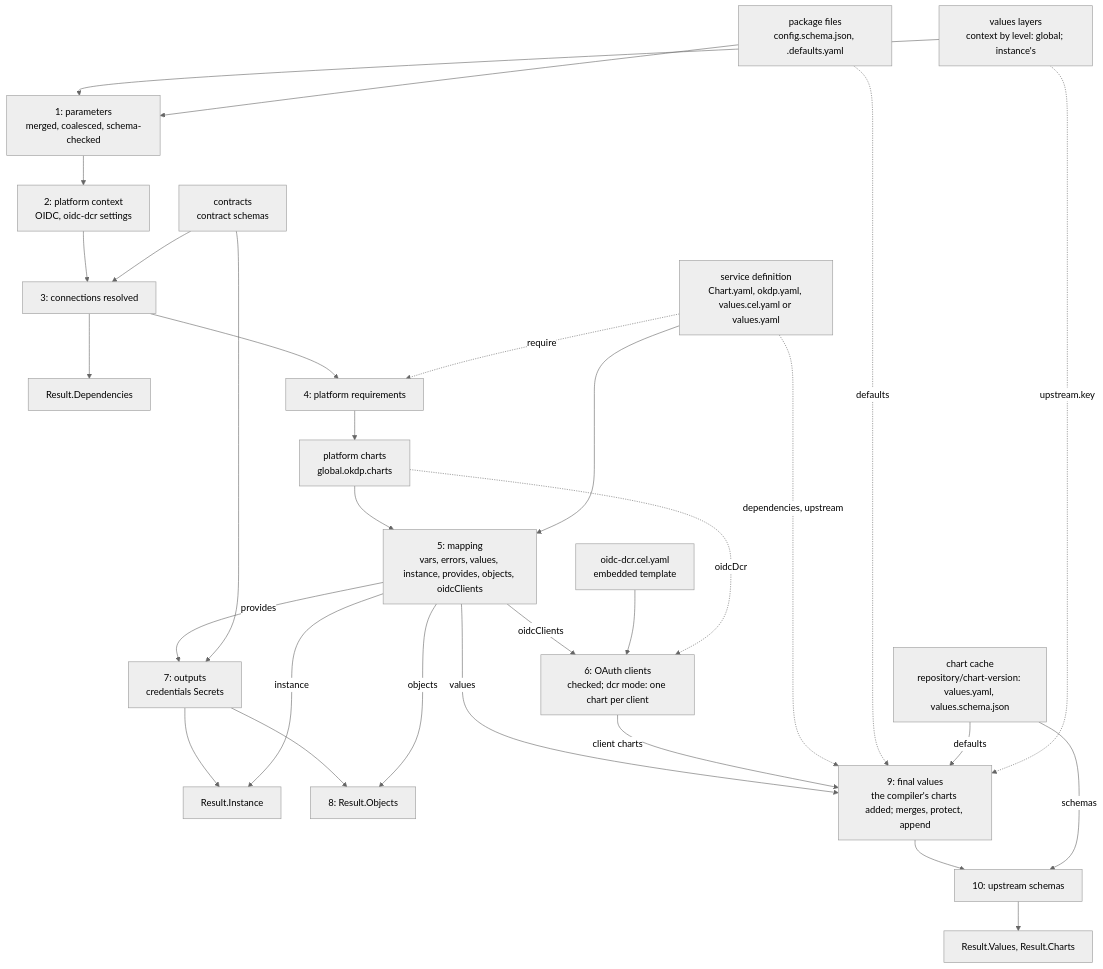
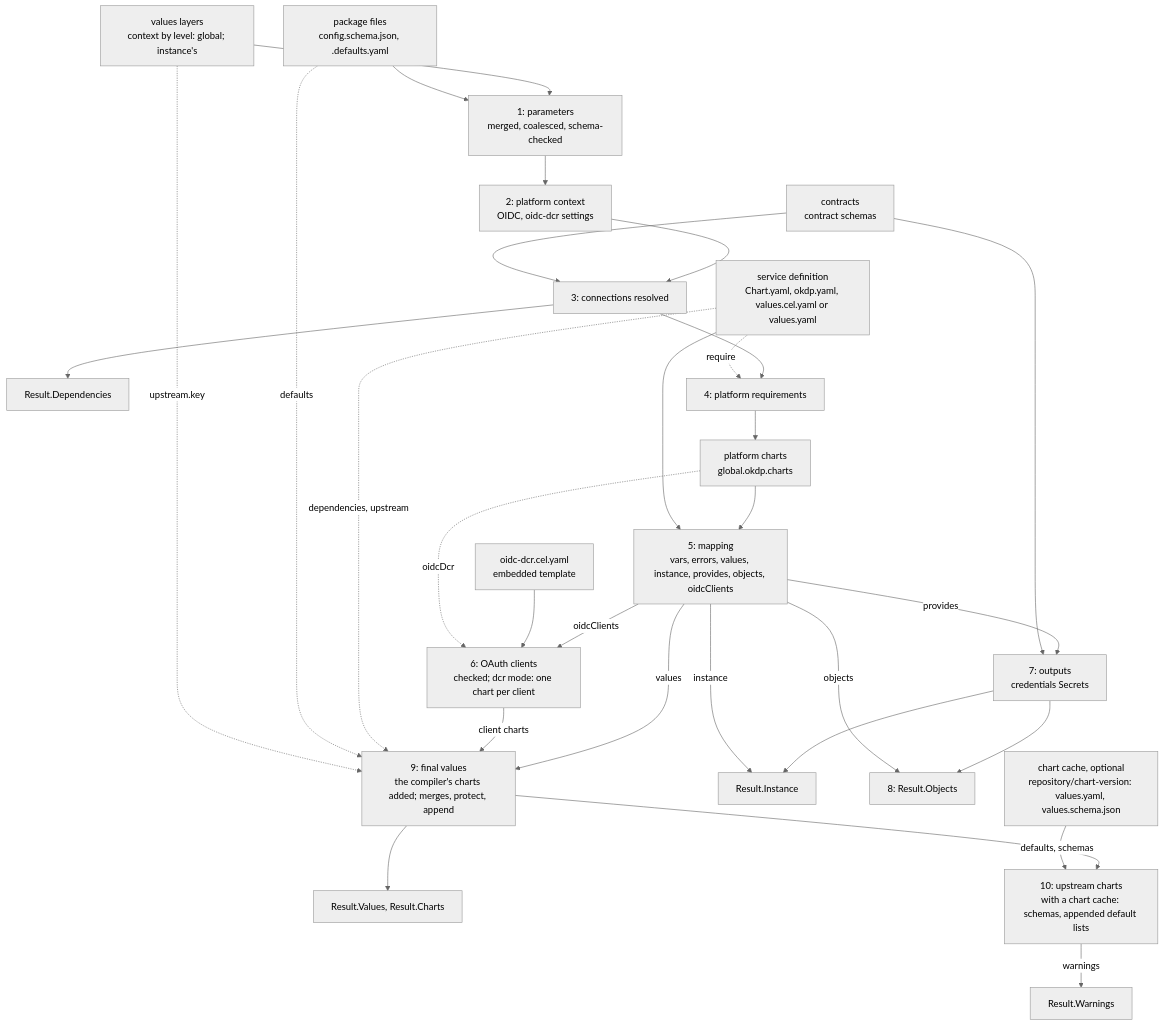
The diagram in docs/00_architecture.md (OKDP/okdp-compiler), drawn with Mermaid (neutral theme) before and after one commit. The commit also changed other lines of this file and 46 other files, not shown here.

Commit message:
feat!: chart defaults out of the compiled values, the chart cache for checks only

````diff
--- a/docs/00_architecture.md
+++ b/docs/00_architecture.md
@@ -47,39 +48,39 @@
 ```mermaid
 flowchart TD
   def["service definition<br/>Chart.yaml, okdp.yaml, values.cel.yaml or values.yaml"]
   pkg["package files<br/>config.schema.json, <key>.defaults.yaml"]
   layers["values layers<br/>context by level: global; instance's"]
   contracts["contracts<br/>contract schemas"]
-  cache["chart cache<br/>repository/chart-version: values.yaml, values.schema.json"]
+  cache["chart cache, optional<br/>repository/chart-version: values.yaml, values.schema.json"]
   tmpl["oidc-dcr.cel.yaml<br/>embedded template"]
 
   layers --> s1["1: parameters<br/>merged, coalesced, schema-checked"]
   pkg --> s1
   s1 --> s2["2: platform context<br/>OIDC, oidc-dcr settings"]
   s2 --> s3["3: connections resolved"]
   contracts --> s3
   s3 --> deps["Result.Dependencies"]
   s3 --> s4["4: platform requirements"]
   def -. "require" .-> s4
   s4 --> pc["platform charts<br/>global.okdp.charts"]
   pc --> s5["5: mapping<br/>vars, errors, values, instance, provides, objects, oidcClients"]
   def --> s5
   s5 -- oidcClients --> s6["6: OAuth clients<br/>checked; dcr mode: one chart per client"]
   tmpl --> s6
   pc -. oidcDcr .-> s6
   s5 -- provides --> s7["7: outputs<br/>credentials Secrets"]
   contracts --> s7
   s7 --> inst["Result.Instance"]
   s5 -- instance --> inst
   s7 --> s8["8: Result.Objects"]
   s5 -- objects --> s8
   s5 -- values --> s9["9: final values<br/>the compiler's charts added; merges, protect, append"]
   s6 -- "client charts" --> s9
   def -. "dependencies, upstream" .-> s9
   pkg -. defaults .-> s9
-  cache -- defaults --> s9
   layers -. "upstream.key" .-> s9
-  s9 --> s10["10: upstream schemas"]
-  cache -- schemas --> s10
-  s10 --> vals["Result.Values, Result.Charts"]
+  s9 --> vals["Result.Values, Result.Charts"]
+  s9 --> s10["10: upstream charts<br/>with a chart cache: schemas, appended default lists"]
+  cache -- "defaults, schemas" --> s10
+  s10 -- warnings --> warn["Result.Warnings"]
 ```
````
